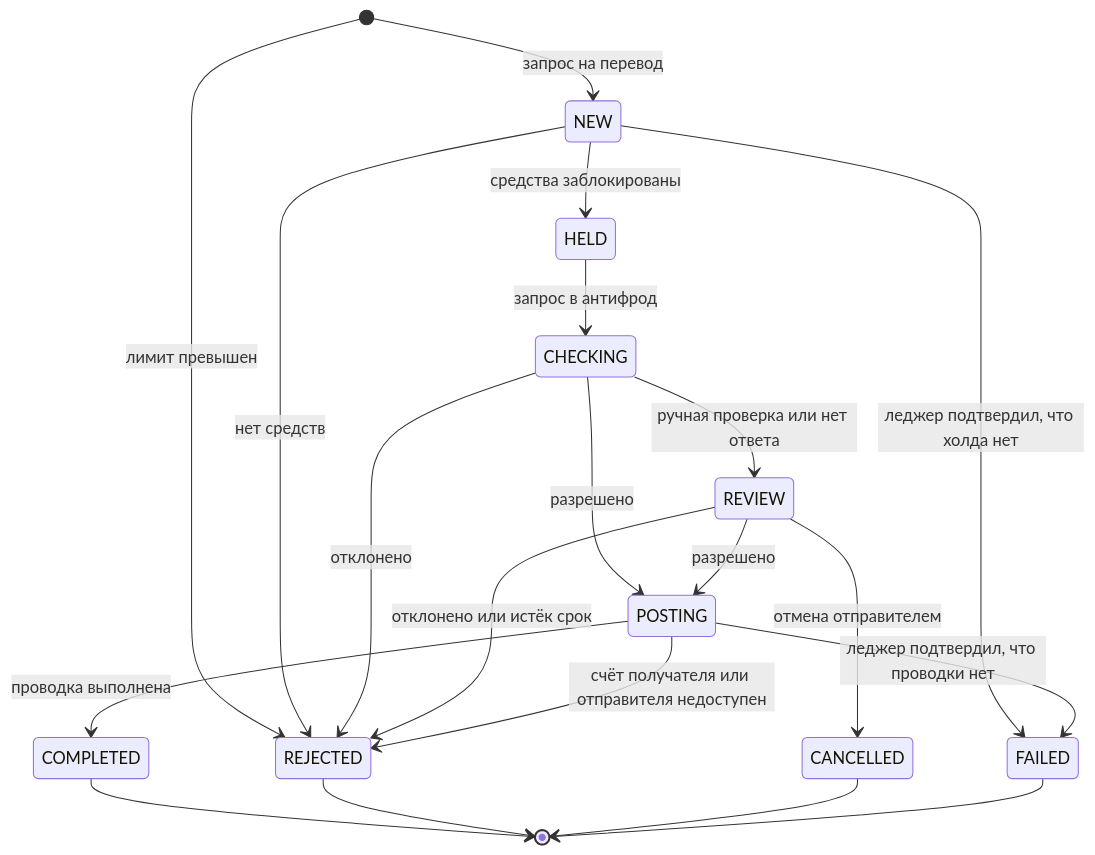
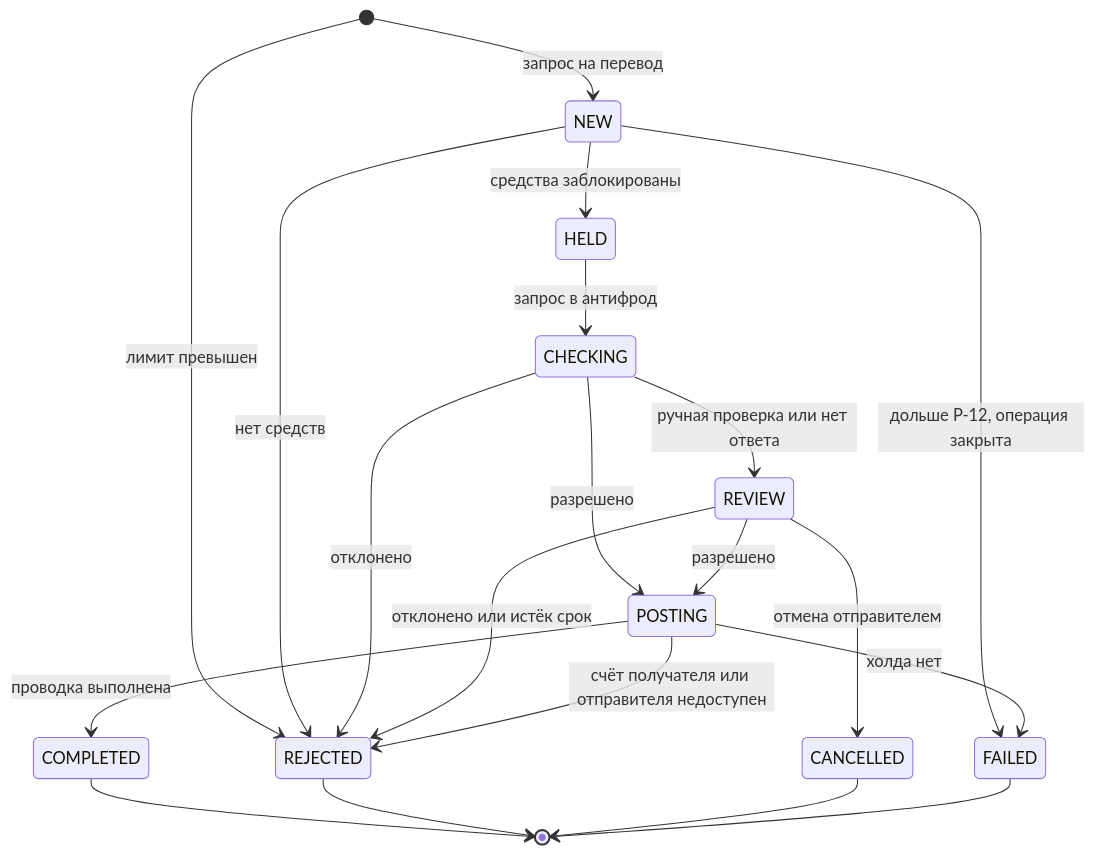
The diagram in docs/design/transfer-states.md (KORTEZZ12/phone-transfers), drawn with Mermaid before and after one commit. The commit also changed other lines of this file and 14 other files, not shown here.

````diff
--- a/docs/design/transfer-states.md
+++ b/docs/design/transfer-states.md
@@ -5,22 +5,22 @@
 ```mermaid
 stateDiagram-v2
   [*] --> NEW: запрос на перевод
   [*] --> REJECTED: лимит превышен
   NEW --> HELD: средства заблокированы
   NEW --> REJECTED: нет средств
-  NEW --> FAILED: леджер подтвердил, что холда нет
+  NEW --> FAILED: дольше P-12, операция закрыта
   HELD --> CHECKING: запрос в антифрод
   CHECKING --> POSTING: разрешено
   CHECKING --> REJECTED: отклонено
   CHECKING --> REVIEW: ручная проверка или нет ответа
   REVIEW --> POSTING: разрешено
   REVIEW --> REJECTED: отклонено или истёк срок
   REVIEW --> CANCELLED: отмена отправителем
   POSTING --> COMPLETED: проводка выполнена
   POSTING --> REJECTED: счёт получателя или отправителя недоступен
-  POSTING --> FAILED: леджер подтвердил, что проводки нет
+  POSTING --> FAILED: холда нет
   COMPLETED --> [*]
   REJECTED --> [*]
   CANCELLED --> [*]
   FAILED --> [*]
 ```
````
